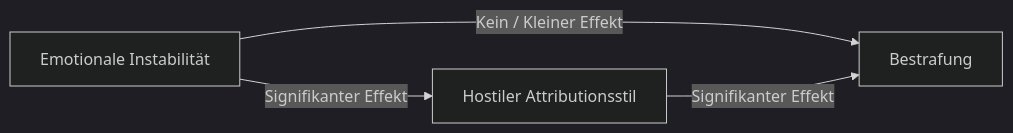
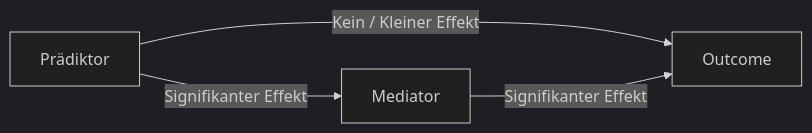
One commit to flgz-jpg/teaching-resources3 changed the diagram in R_Tutorial_Mediation.qmd. Above: the diagram before and after it, drawn with Mermaid (dark theme). The commit also changed 11 other files, not shown here.

````diff
--- a/R_Tutorial_Mediation.qmd
+++ b/R_Tutorial_Mediation.qmd
@@ -13,6 +13,6 @@
 ```{mermaid}
 graph LR
-    A[Emotionale Instabilität] -- Kein / Kleiner Effekt --> B[Bestrafung]
-    A -- Signifikanter Effekt --> C[Hostiler Attributionsstil]
-    C -- Signifikanter Effekt --> B[Bestrafung]
+    A[Prädiktor] -- Kein / Kleiner Effekt --> B[Outcome]
+    A -- Signifikanter Effekt --> C[Mediator]
+    C -- Signifikanter Effekt --> B[Outcome]
 ```
````
